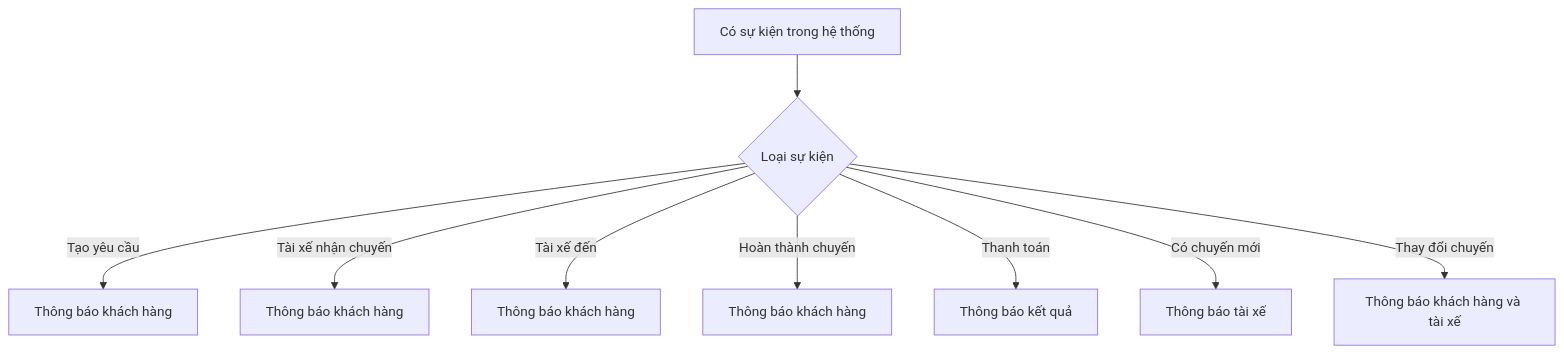
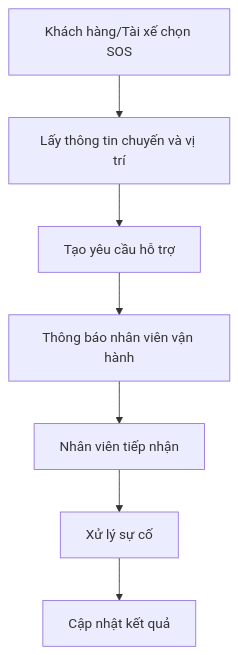
One commit to thuhien76685/23653331_TruongThiThuHien_CAB-System- changed the seventh of 8 diagrams in README.md. Above: the diagram before and after it, drawn with Mermaid. The commit also changed other lines of this file, not shown here.

````diff
--- a/README.md
+++ b/README.md
@@ -568,11 +739,9 @@
 ```mermaid
 flowchart TD
-    A["Có sự kiện trong hệ thống"] --> B{"Loại sự kiện"}
-    B -->|Tạo yêu cầu| C["Thông báo khách hàng"]
-    B -->|Tài xế nhận chuyến| D["Thông báo khách hàng"]
-    B -->|Tài xế đến| E["Thông báo khách hàng"]
-    B -->|Hoàn thành chuyến| F["Thông báo khách hàng"]
-    B -->|Thanh toán| G["Thông báo kết quả"]
-    B -->|Có chuyến mới| H["Thông báo tài xế"]
-    B -->|Thay đổi chuyến| I["Thông báo khách hàng và tài xế"]
+    A["Khách hàng/Tài xế chọn SOS"] --> B["Lấy thông tin chuyến và vị trí"]
+    B --> C["Tạo yêu cầu hỗ trợ"]
+    C --> D["Thông báo nhân viên vận hành"]
+    D --> E["Nhân viên tiếp nhận"]
+    E --> F["Xử lý sự cố"]
+    F --> G["Cập nhật kết quả"]
 ```
````
